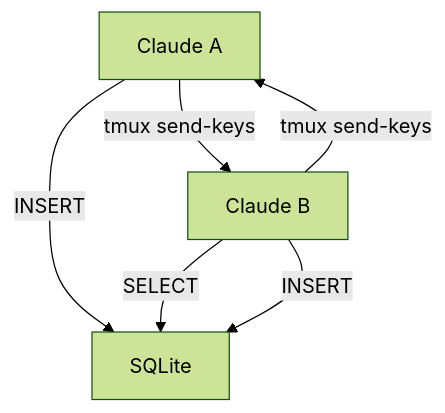
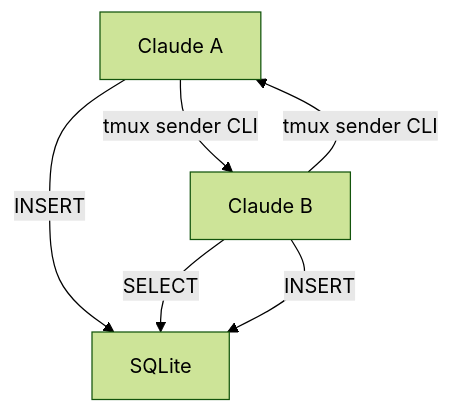
The diagram in docs/developer_guide.md (nyasuto/hive), drawn with Mermaid (forest theme) before and after one commit. The commit also changed other lines of this file and 13 other files, not shown here.

First line of the commit message:
feat: 用語統一 send-keys → sender CLI でわかりやすく改善 (#54)

````diff
--- a/docs/developer_guide.md
+++ b/docs/developer_guide.md
@@ -109,8 +109,8 @@
 ```mermaid
 graph TD
-    A[Claude A] -->|tmux send-keys| B[Claude B]
+    A[Claude A] -->|tmux sender CLI| B[Claude B]
     A -->|INSERT| C[SQLite]
     B -->|SELECT| C
-    B -->|tmux send-keys| A
+    B -->|tmux sender CLI| A
     B -->|INSERT| C
 ```
````
